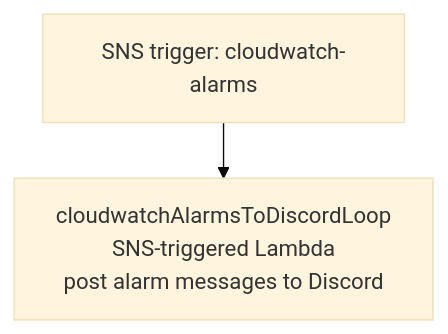
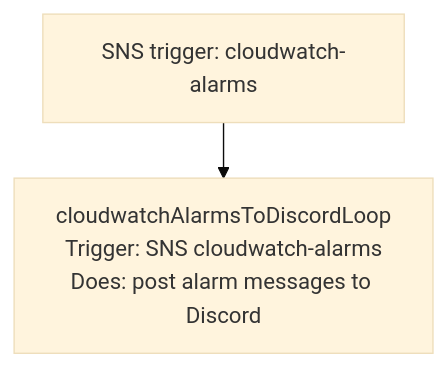
One commit to 6529-Collections/6529seize-backend changed diagram 15 of 16 in docs/architecture.md. Above: the diagram before and after it, drawn with Mermaid (base theme). The commit also changed other lines of this file, not shown here.

````diff
--- a/docs/architecture.md
+++ b/docs/architecture.md
@@ -219,6 +219,6 @@
 ```mermaid
 %%{init: {"flowchart": {"nodeSpacing": 24, "rankSpacing": 40, "curve": "basis"}} }%%
 flowchart TD
   CloudwatchTopic["SNS trigger: cloudwatch-alarms"]
-  CloudwatchTopic --> CloudwatchAlarmsToDiscordLoop["cloudwatchAlarmsToDiscordLoop<br/>SNS-triggered Lambda<br/>post alarm messages to Discord"]
+  CloudwatchTopic --> CloudwatchAlarmsToDiscordLoop["cloudwatchAlarmsToDiscordLoop<br/>Trigger: SNS cloudwatch-alarms<br/>Does: post alarm messages to Discord"]
 ```
````
